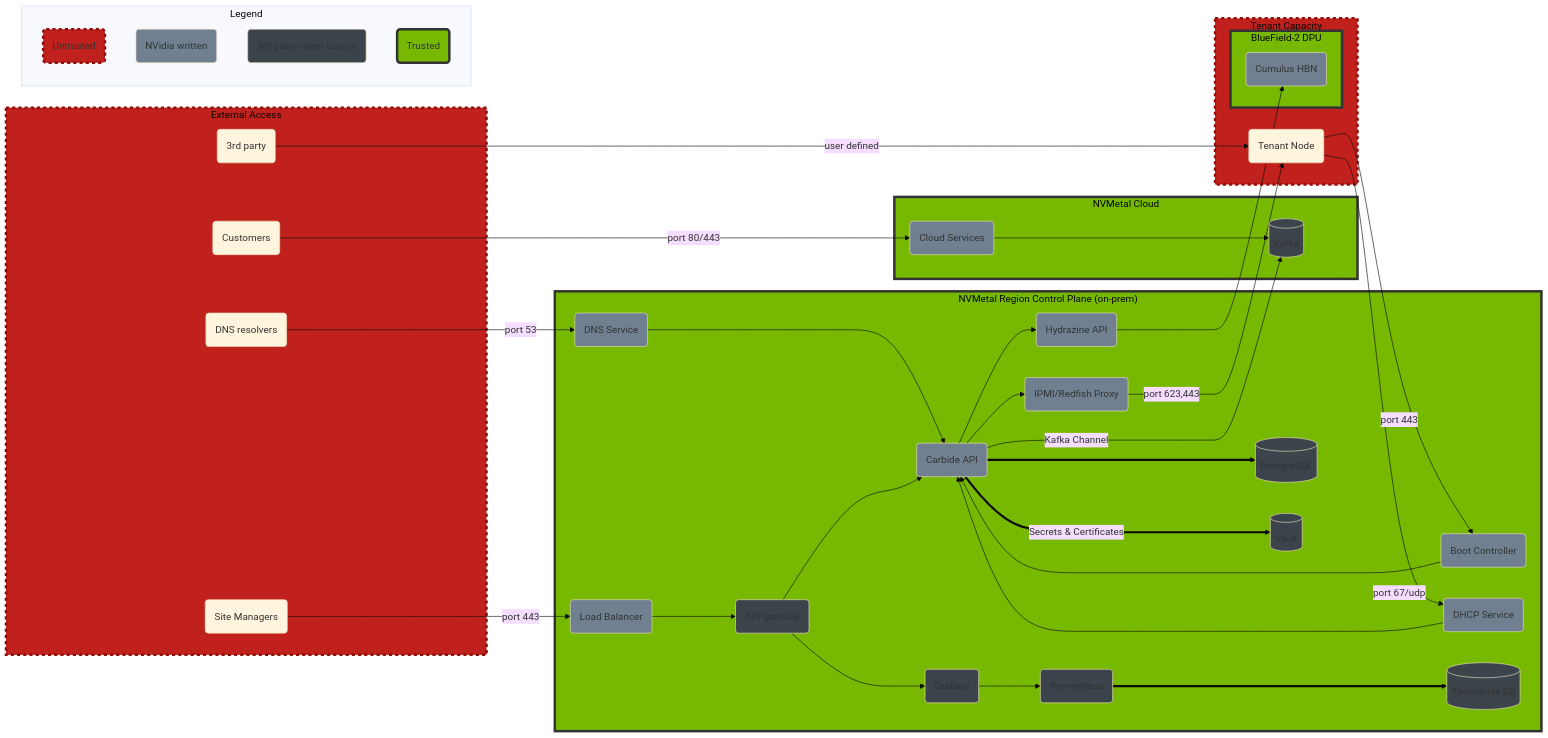
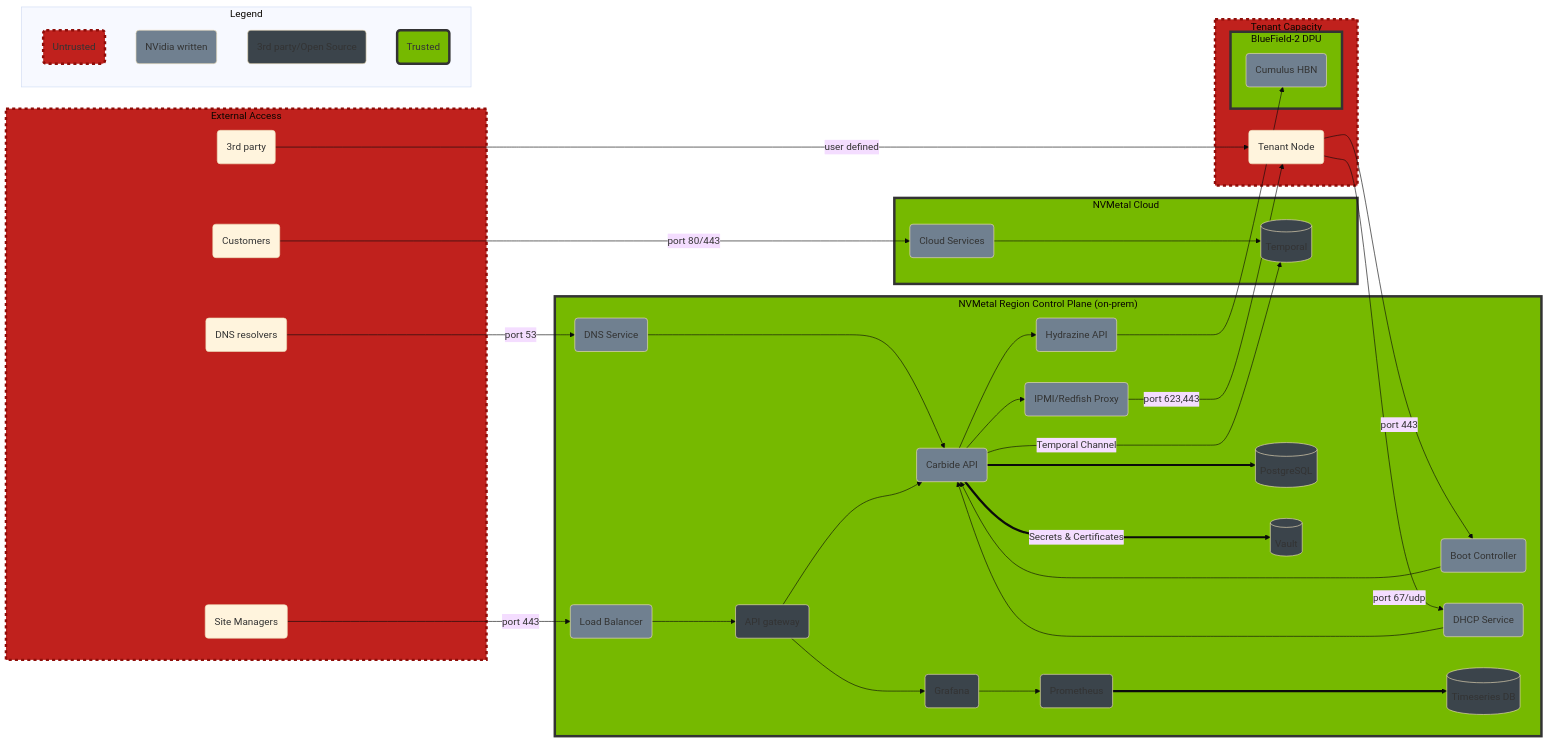
The diagram in book/src/architecture.md (NVIDIA/bare-metal-manager-core), drawn with Mermaid (base theme) before and after one commit. The commit also changed other lines of this file and 1 other file, not shown here.

````diff
--- a/book/src/architecture.md
+++ b/book/src/architecture.md
@@ -9,80 +14,80 @@
 ```mermaid
 flowchart LR
 
     subgraph cloud["NVMetal Cloud"]
-        cloudkafka[(Kafka)]
+        cloudtemporal[(Temporal)]
         cloudservices(Cloud Services)
     end
     subgraph external["External Access"]
         resolvers(DNS resolvers)
         partner(Site Managers)
         customers(Customers)
         randos(3rd party)
     end
     subgraph onprem["NVMetal Region Control Plane (on-prem)"]
         nsvlb(Load Balancer)
         boot(Boot Controller)
 
         dhcp(DHCP Service)
         ipmi(IPMI/Redfish Proxy)
 
         gateway(API gateway)
         carbide(Carbide API)
         hydrazine(Hydrazine API)
         dns(DNS Service)
 
         postgresql[(PostgreSQL)]
         vault[(Vault)]
         grafana(Grafana)
         prometheus(Prometheus)
         tsdb[(Timeseries DB)]
     end
 
     subgraph tenant["Tenant Capacity"]
         tenantcpu(Tenant Node)
 
         subgraph dpu["BlueField-2 DPU"]
            hbn(Cumulus HBN)
         end
     end
     subgraph Legend
         legend_untrusted(Untrusted)
         legend_nvidia(NVidia written)
         legend_oss(3rd party/Open Source)
         legend_trusted(Trusted)
     end
 
     resolvers -->|port 53| dns
     
     carbide --> hydrazine
     carbide ===> postgresql
     
     tenantcpu -->|port 67/udp| dhcp ---> carbide
     tenantcpu -->|port 443| boot --> carbide
     carbide --> ipmi -->|port 623,443| tenantcpu
 
     dns --> carbide
     nsvlb --> gateway
     gateway --> grafana
     gateway --> carbide
     grafana --> prometheus ===> tsdb
-    carbide --->|Kafka Channel| cloudkafka
+    carbide --->|Temporal Channel| cloudtemporal
     hydrazine --> hbn
     carbide ===>|Secrets & Certificates| vault
     partner -->|port 443| nsvlb
     randos -->|user defined| tenantcpu
 
     customers -->|port 80/443| cloudservices
-    cloudservices ---> cloudkafka
+    cloudservices ---> cloudtemporal
 
     classDef nvidia fill:#76b900,stroke:#333,stroke-width:4px;
     classDef medium_grey fill:#708090
     classDef dark_grey fill:#3b444b
     classDef blue fill:blue
     classDef untrusted fill:#c0211d,stroke:#900d09,stroke-width:4px,stroke-dasharray: 5 5;
 
     class legend_untrusted,external,tenant untrusted
     class legend_trusted,onprem,cloud,dpu nvidia
     class legend_nvidia,dhcp,dns,boot,nsvlb,carbide,hydrazine,ipmi,hbn,cloudservices medium_grey
-    class legend_oss,gateway,grafana,prometheus,tsdb,postgresql,vault,cloudkafka dark_grey
+    class legend_oss,gateway,grafana,prometheus,tsdb,postgresql,vault,cloudtemporal dark_grey
 ```
````
